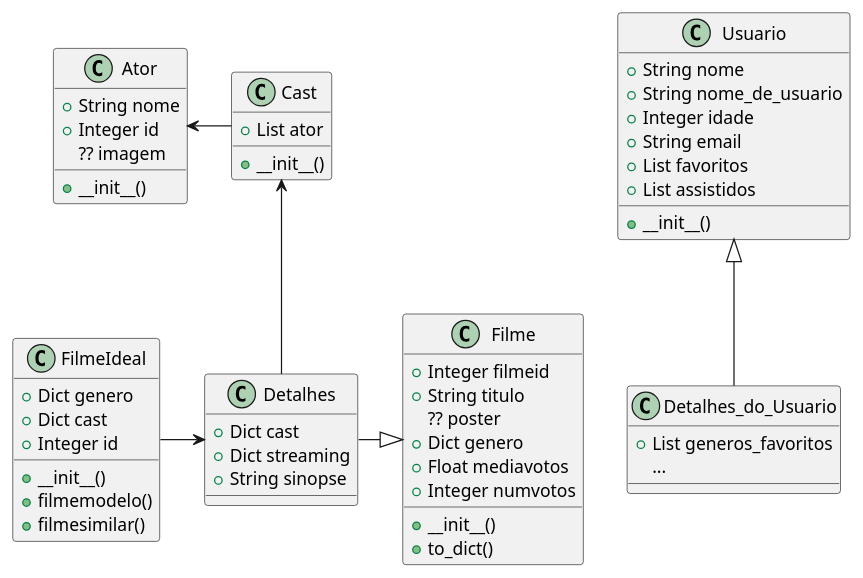
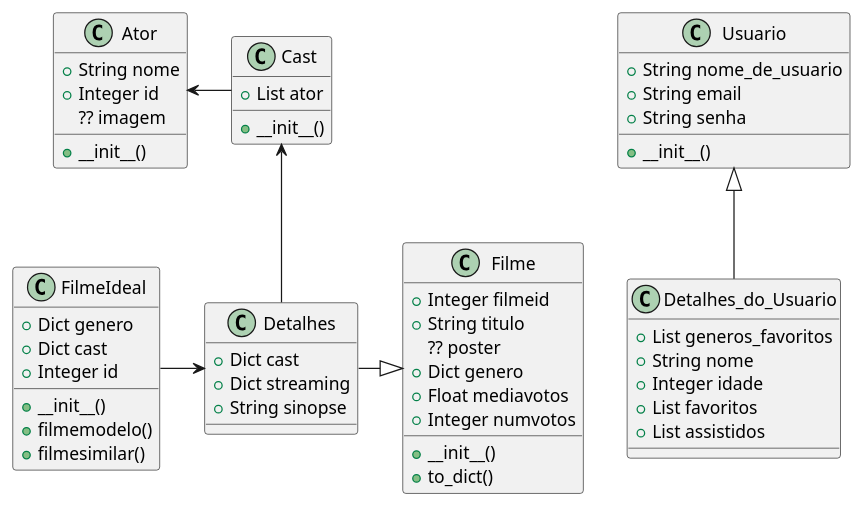
One commit to isadora-yasmim/ms_20242_g3 changed the diagram in diagrama_de_classes.plantuml. Above: the diagram before and after it, drawn with PlantUML.

```diff
--- a/diagrama_de_classes.plantuml
+++ b/diagrama_de_classes.plantuml
@@ -1,64 +1,64 @@
 @startuml Diagrama_de_Classses_KlimaX
         class Filme {
                 +Integer filmeid
                 +String titulo
                 ?? poster
                 +Dict genero
                 +Float mediavotos
                 +Integer numvotos
 
                 +__init__()
                 +to_dict()
         }
 
         class Detalhes{
                 +Dict cast
                 +Dict streaming
                 +String sinopse
 
 
         }
 
         class Cast{
                 +List ator
                 +__init__()
         }
 
         class Ator {
                 +String nome
                 +Integer id
                 ?? imagem
                 +__init__()
         }
 
         class Usuario {
-                +String nome
                 +String nome_de_usuario
-                +Integer idade
                 +String email
-                +List favoritos
-                +List assistidos
+                +String senha
                 +__init__()
         }
         class FilmeIdeal {
                 +Dict genero
                 +Dict cast
                 +Integer id
 
                 +__init__()
                 +filmemodelo()
                 +filmesimilar()
         }
 
         class Detalhes_do_Usuario extends Usuario {
                 +List generos_favoritos
-                ...
+                +String nome
+                +Integer idade
+                +List favoritos
+                +List assistidos
 
         }
 
         FilmeIdeal -> Detalhes
         Detalhes -|> Filme
         Cast <-- Detalhes
         Ator <- Cast
 
 @enduml
```
